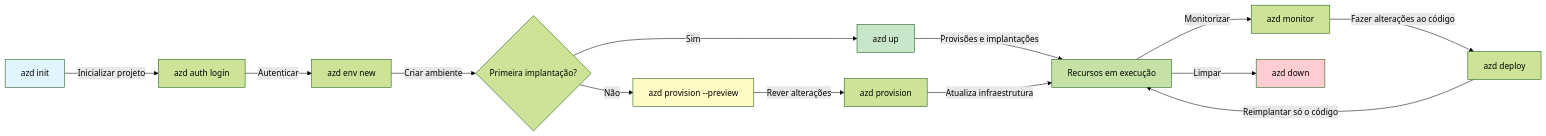
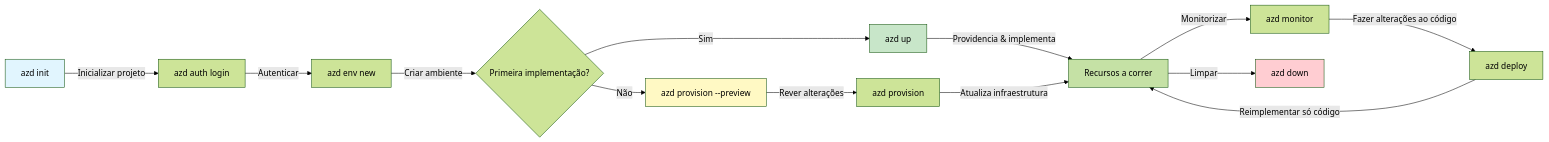
The first of 2 diagrams in translations/pt-PT/docs/chapter-01-foundation/azd-basics.md (microsoft/AZD-for-beginners), drawn with Mermaid (forest theme) before and after one commit. The commit also changed other lines of this file and 104 other files, not shown here.

````diff
--- a/translations/pt-PT/docs/chapter-01-foundation/azd-basics.md
+++ b/translations/pt-PT/docs/chapter-01-foundation/azd-basics.md
@@ -269,21 +269,21 @@
 ```mermaid
 graph LR
     A[azd init] -->|Inicializar projeto| B[azd auth login]
     B -->|Autenticar| C[azd env new]
-    C -->|Criar ambiente| D{Primeira implantação?}
+    C -->|Criar ambiente| D{Primeira implementação?}
     D -->|Sim| E[azd up]
     D -->|Não| F[azd provision --preview]
     F -->|Rever alterações| G[azd provision]
-    E -->|Provisões e implantações| H[Recursos em execução]
+    E -->|Providencia & implementa| H[Recursos a correr]
     G -->|Atualiza infraestrutura| H
     H -->|Monitorizar| I[azd monitor]
     I -->|Fazer alterações ao código| J[azd deploy]
-    J -->|Reimplantar só o código| H
+    J -->|Reimplementar só código| H
     H -->|Limpar| K[azd down]
     
     style A fill:#e1f5fe
     style E fill:#c8e6c9
     style F fill:#fff9c4
     style H fill:#c5e1a5
     style K fill:#ffcdd2
 ```
````
